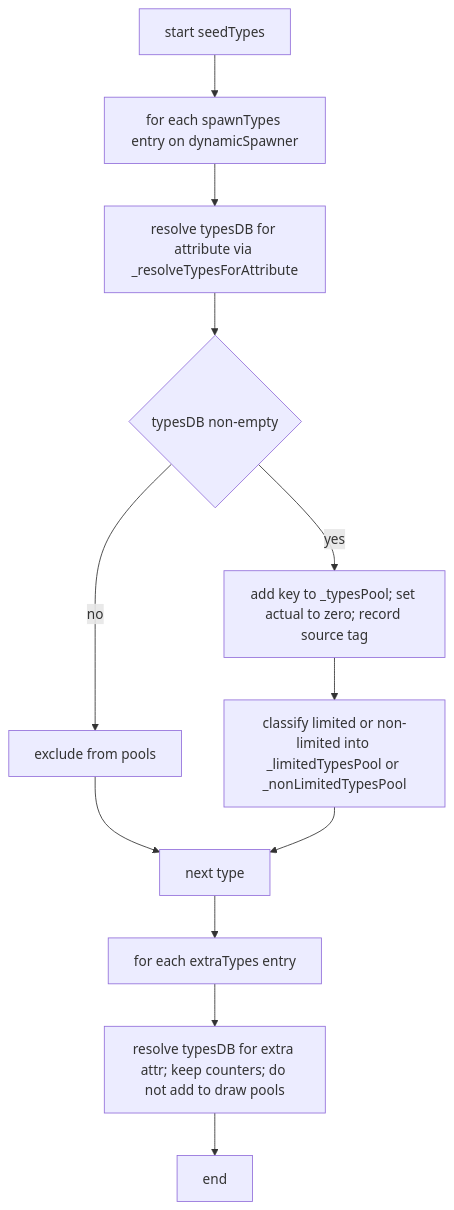
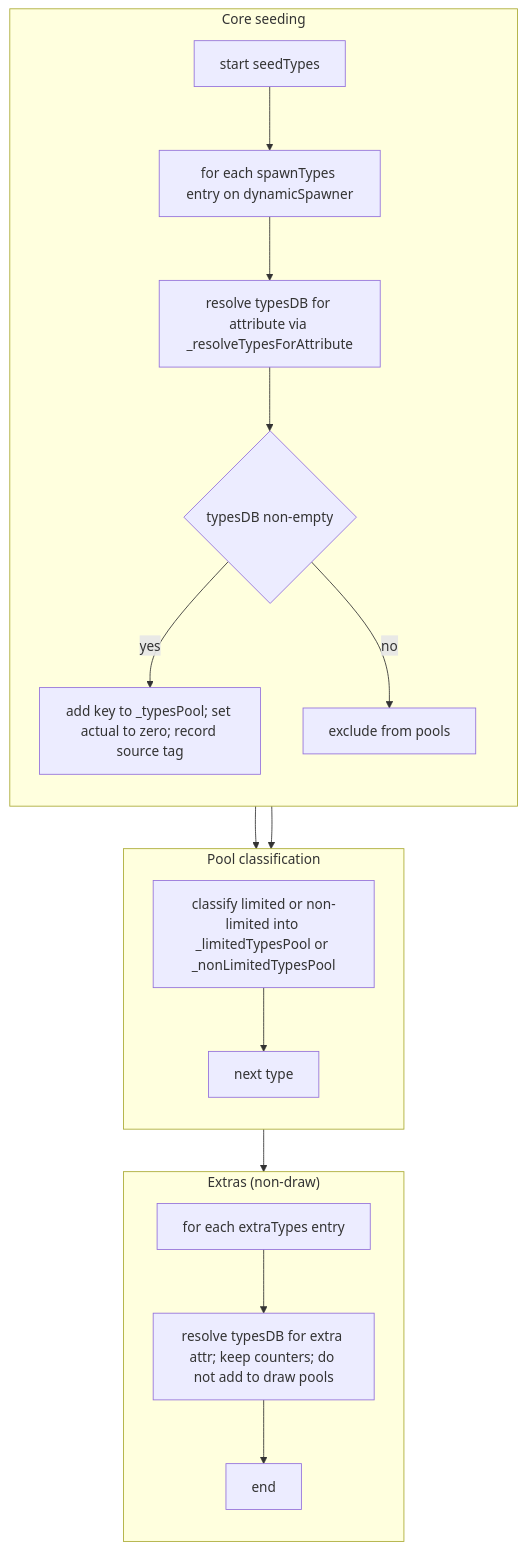
The first of 7 diagrams in docs/spawner/types_and_counts.md (Gh0st352/AETHR), drawn with Mermaid before and after one commit. The commit also changed other lines of this file and 9 other files, not shown here.

First line of the commit message:
docs(spawner, mermaid): restructure diagrams and clarify headings

````diff
--- a/docs/spawner/types_and_counts.md
+++ b/docs/spawner/types_and_counts.md
@@ -22,14 +22,31 @@
 ```mermaid
+%% shared theme: docs/_mermaid/theme.json %%
 flowchart TB
-  S0[start seedTypes] --> R0[for each spawnTypes entry on dynamicSpawner]
-  R0 --> R1[resolve typesDB for attribute via _resolveTypesForAttribute]
-  R1 --> C0{typesDB non-empty}
-  C0 -- yes --> P1[add key to _typesPool; set actual to zero; record source tag]
-  C0 -- no --> PX[exclude from pools]
-  P1 --> CL[classify limited or non-limited into _limitedTypesPool or _nonLimitedTypesPool]
-  PX --> N0[next type]
-  CL --> N0
-  N0 --> EX[for each extraTypes entry]
-  EX --> EXR[resolve typesDB for extra attr; keep counters; do not add to draw pools]
-  EXR --> DONE[end]
+  subgraph "Core seeding"
+    direction TB
+    S0[start seedTypes] --> R0[for each spawnTypes entry on dynamicSpawner]
+    R0 --> R1[resolve typesDB for attribute via _resolveTypesForAttribute]
+    R1 --> C0{typesDB non-empty}
+    C0 -- "yes" --> P1[add key to _typesPool; set actual to zero; record source tag]
+    C0 -- "no" --> PX[exclude from pools]
+  end
+
+  subgraph "Pool classification"
+    direction TB
+    P1 --> CL[classify limited or non-limited into _limitedTypesPool or _nonLimitedTypesPool]
+    PX --> N0[next type]
+    CL --> N0
+  end
+
+  subgraph "Extras (non-draw)"
+    direction TB
+    N0 --> EX[for each extraTypes entry]
+    EX --> EXR[resolve typesDB for extra attr; keep counters; do not add to draw pools]
+    EXR --> DONE[end]
+  end
+
+  class S0 class_io;
+  class R0,R1,P1,CL,EX,EXR,N0 class_step;
+  class C0 class_decision;
+  class PX,DONE class_result;
 ```
````
